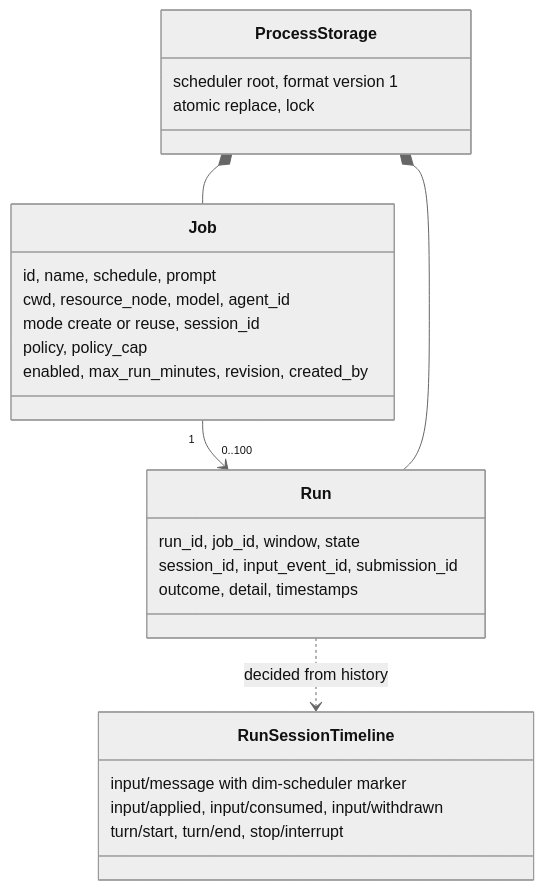
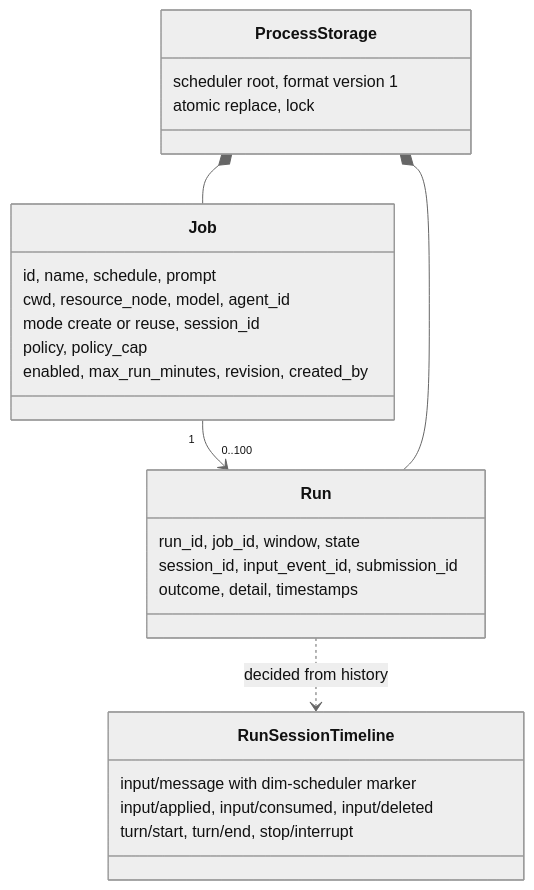
The second of 6 diagrams in docs/design/plugins/Scheduler.md (CoutinhoTTS/dim-agent), drawn with Mermaid (neutral theme) before and after one commit. The commit also changed other lines of this file and 18 other files, not shown here.

````diff
--- a/docs/design/plugins/Scheduler.md
+++ b/docs/design/plugins/Scheduler.md
@@ -49,28 +49,28 @@
 ```mermaid
 classDiagram
   class Job {
     id, name, schedule, prompt
     cwd, resource_node, model, agent_id
     mode create or reuse, session_id
     policy, policy_cap
     enabled, max_run_minutes, revision, created_by
   }
   class Run {
     run_id, job_id, window, state
     session_id, input_event_id, submission_id
     outcome, detail, timestamps
   }
   class ProcessStorage {
     scheduler root, format version 1
     atomic replace, lock
   }
   class RunSessionTimeline {
     input/message with dim-scheduler marker
-    input/applied, input/consumed, input/withdrawn
+    input/applied, input/consumed, input/deleted
     turn/start, turn/end, stop/interrupt
   }
   Job "1" --> "0..100" Run
   ProcessStorage *-- Job
   ProcessStorage *-- Run
   Run ..> RunSessionTimeline : decided from history
 ```
````
